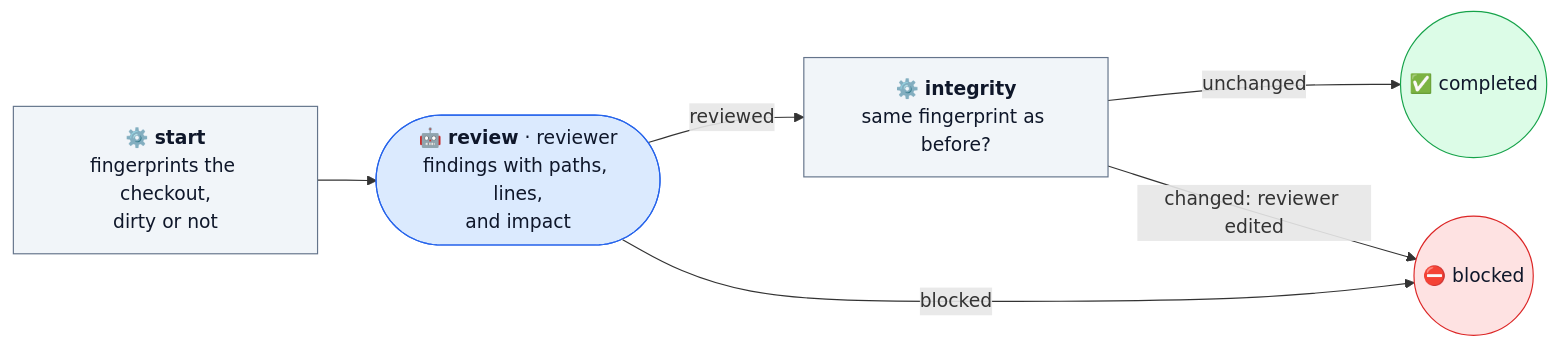
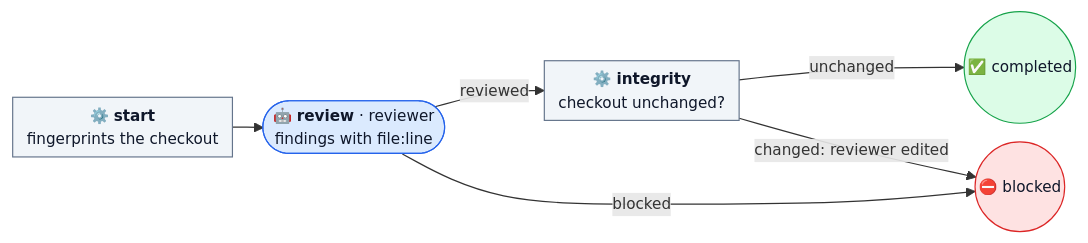
The diagram in docs/workflows/review-code.md (dna113p/machine-shop), drawn with Mermaid before and after one commit. The commit also changed 13 other files, not shown here.

First line of the commit message:
The workflow diagrams are about half their size

````diff
--- a/docs/workflows/review-code.md
+++ b/docs/workflows/review-code.md
@@ -38,23 +38,24 @@
 ```mermaid
+%%{init: {"themeVariables": {"fontSize": "13px"}, "flowchart": {"nodeSpacing": 16, "rankSpacing": 26, "padding": 6, "diagramPadding": 4}}}%%
 flowchart LR
-  start["⚙️ <b>start</b><br/>fingerprints the checkout,<br/>dirty or not"]
-  review(["🤖 <b>review</b> · reviewer<br/>findings with paths, lines,<br/>and impact"])
-  integrity["⚙️ <b>integrity</b><br/>same fingerprint as before?"]
+  start["⚙️ <b>start</b><br/>fingerprints the checkout"]
+  review(["🤖 <b>review</b> · reviewer<br/>findings with file:line"])
+  integrity["⚙️ <b>integrity</b><br/>checkout unchanged?"]
   done(("✅ completed"))
   blocked(("⛔ blocked"))
 
   start --> review
   review -->|reviewed| integrity
   review -->|blocked| blocked
   integrity -->|unchanged| done
   integrity -->|"changed: reviewer edited"| blocked
 
   classDef agent fill:#dbeafe,stroke:#2563eb,color:#0f172a
   classDef op fill:#f1f5f9,stroke:#64748b,color:#0f172a
   classDef good fill:#dcfce7,stroke:#16a34a,color:#0f172a
   classDef bad fill:#fee2e2,stroke:#dc2626,color:#0f172a
   class review agent
   class start,integrity op
   class done good
   class blocked bad
 ```
````
